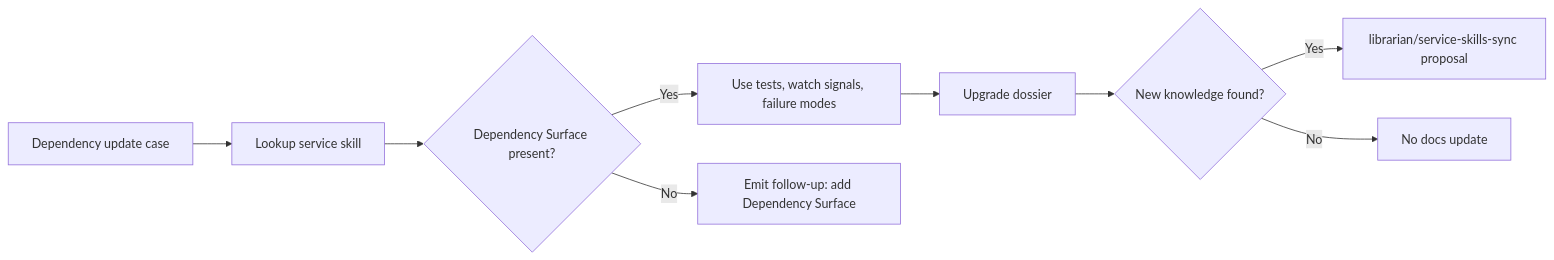
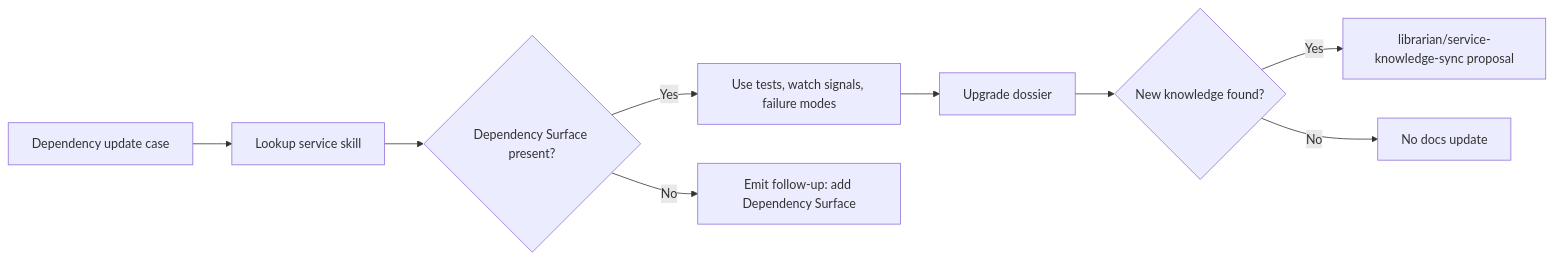
The fifth of 9 diagrams in docs/devops/dependencies-updating.md (xtrm-dev/xtrm), drawn with Mermaid before and after one commit. The commit also changed other lines of this file and 1 other file, not shown here.

First line of the commit message:
docs(devops): sweep service-skills → service-knowledge in arch prose

````diff
--- a/docs/devops/dependencies-updating.md
+++ b/docs/devops/dependencies-updating.md
@@ -304,11 +304,11 @@
 ```mermaid
 flowchart LR
   A["Dependency update case"] --> B["Lookup service skill"]
   B --> C{"Dependency Surface present?"}
   C -->|Yes| D["Use tests, watch signals, failure modes"]
   C -->|No| E["Emit follow-up: add Dependency Surface"]
   D --> F["Upgrade dossier"]
   F --> G{"New knowledge found?"}
-  G -->|Yes| H["librarian/service-skills-sync proposal"]
+  G -->|Yes| H["librarian/service-knowledge-sync proposal"]
   G -->|No| I["No docs update"]
 ```
````
